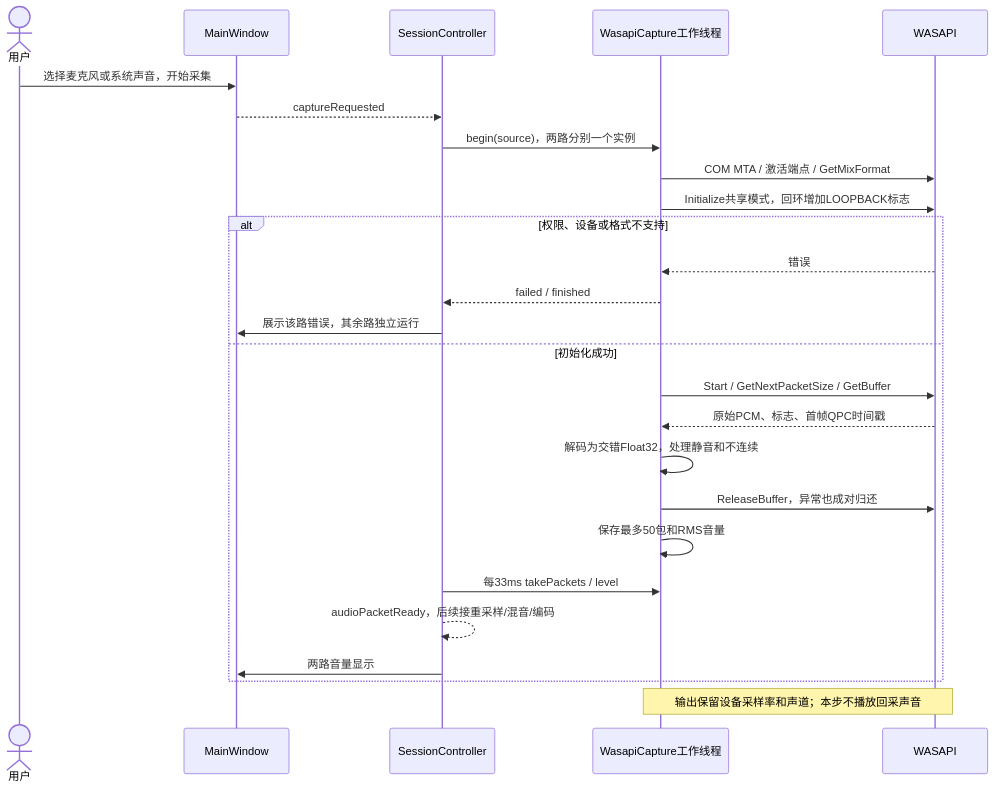
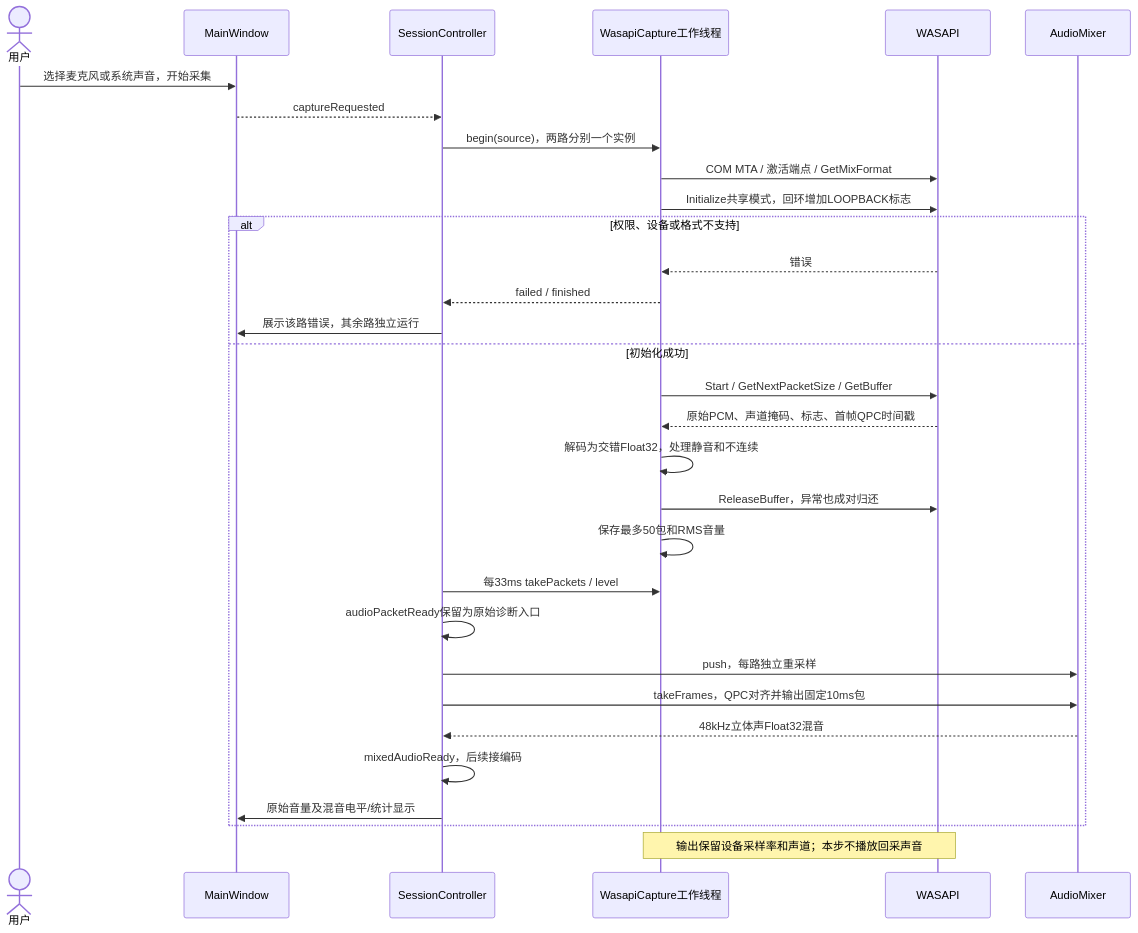
Before and after one commit to kingsman-svg/OBS: the diagram in docs/uml/capture-audio.mmd, drawn with Mermaid. The commit also changed 57 other files, not shown here.

```diff
--- a/docs/uml/capture-audio.mmd
+++ b/docs/uml/capture-audio.mmd
@@ -1,26 +1,31 @@
 sequenceDiagram
 actor U as 用户
 participant V as MainWindow
 participant C as SessionController
 participant W as WasapiCapture工作线程
 participant S as WASAPI
+participant M as AudioMixer
 U->>V: 选择麦克风或系统声音，开始采集
 V-->>C: captureRequested
 C->>W: begin(source)，两路分别一个实例
 W->>S: COM MTA / 激活端点 / GetMixFormat
 W->>S: Initialize共享模式，回环增加LOOPBACK标志
 alt 权限、设备或格式不支持
 S-->>W: 错误
 W-->>C: failed / finished
 C->>V: 展示该路错误，其余路独立运行
 else 初始化成功
 W->>S: Start / GetNextPacketSize / GetBuffer
-S-->>W: 原始PCM、标志、首帧QPC时间戳
+S-->>W: 原始PCM、声道掩码、标志、首帧QPC时间戳
 W->>W: 解码为交错Float32，处理静音和不连续
 W->>S: ReleaseBuffer，异常也成对归还
 W->>W: 保存最多50包和RMS音量
 C->>W: 每33ms takePackets / level
-C-->>C: audioPacketReady，后续接重采样/混音/编码
-C->>V: 两路音量显示
+C->>C: audioPacketReady保留为原始诊断入口
+C->>M: push，每路独立重采样
+C->>M: takeFrames，QPC对齐并输出固定10ms包
+M-->>C: 48kHz立体声Float32混音
+C->>C: mixedAudioReady，后续接编码
+C->>V: 原始音量及混音电平/统计显示
 end
 Note over W,S: 输出保留设备采样率和声道；本步不播放回采声音
```
